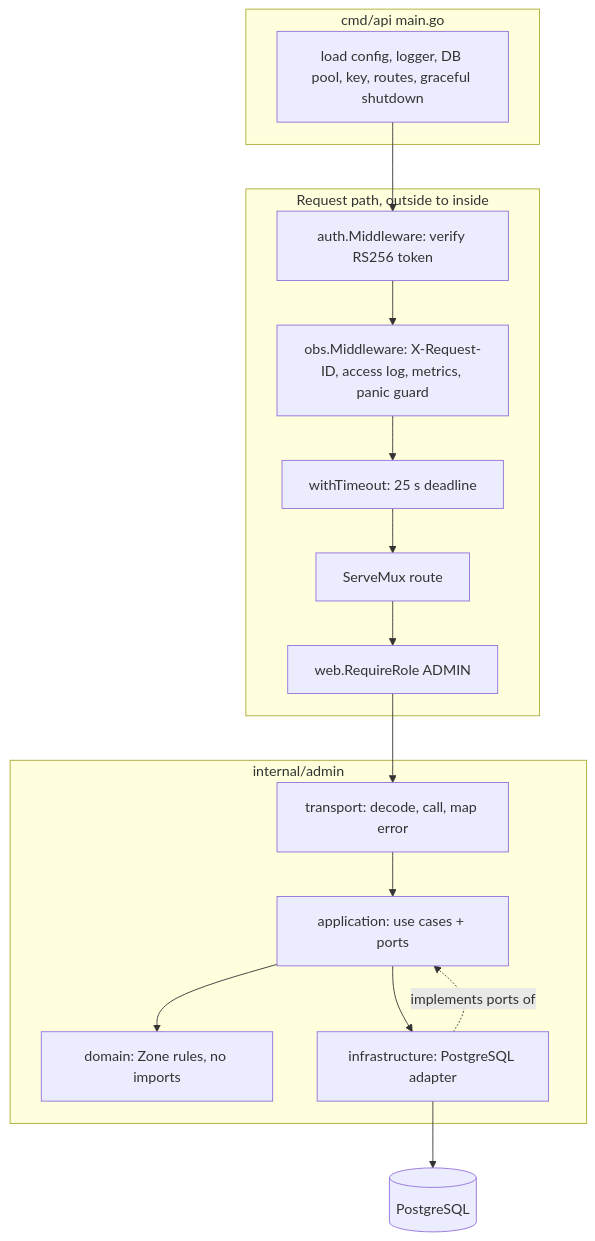
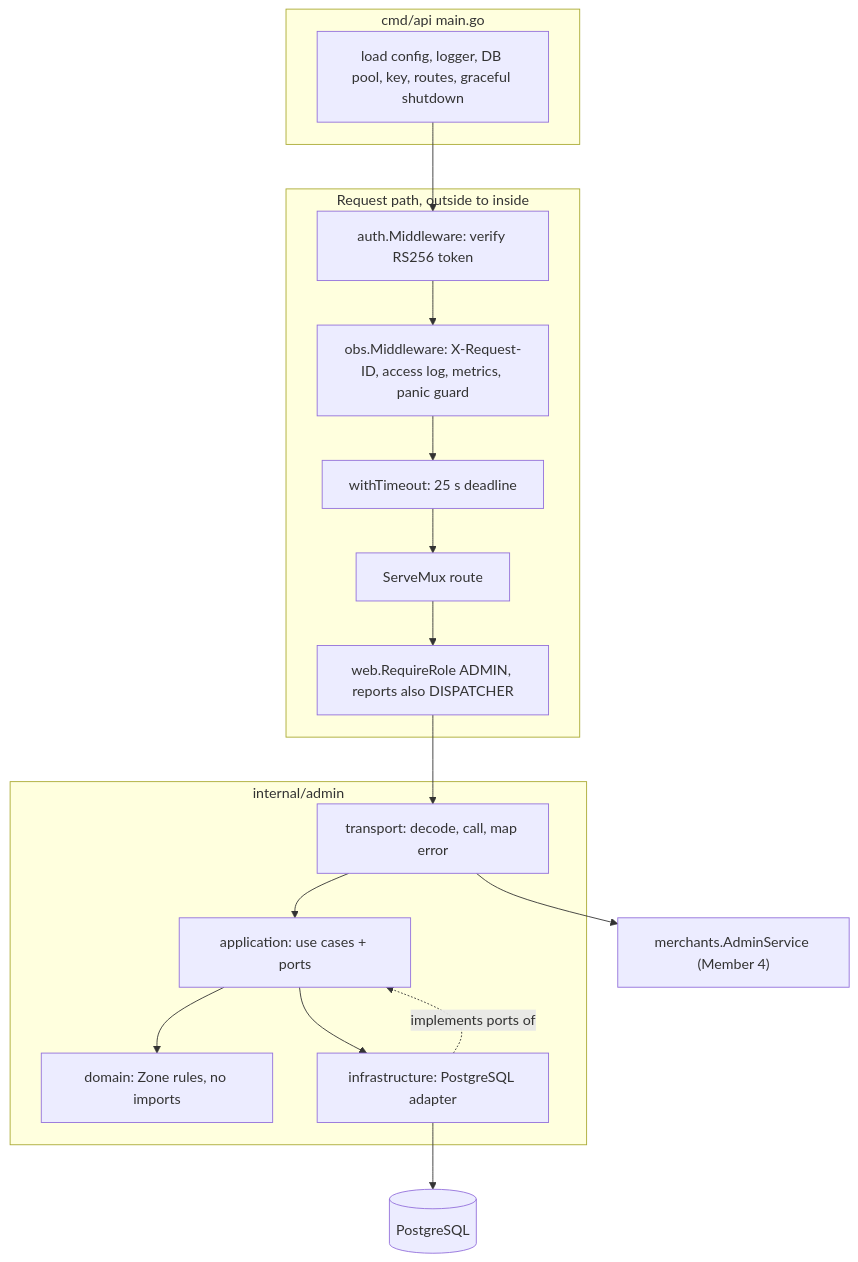
The first of 6 diagrams in docs/drafts/member-07-dispatcher-admin-web-gateway/doc-08-implementation-deployment-and-ops.md (phantomTroupeEAD/SwiftDrop), drawn with Mermaid before and after one commit. The commit also changed other lines of this file and 125 other files, not shown here.

````diff
--- a/docs/drafts/member-07-dispatcher-admin-web-gateway/doc-08-implementation-deployment-and-ops.md
+++ b/docs/drafts/member-07-dispatcher-admin-web-gateway/doc-08-implementation-deployment-and-ops.md
@@ -109,23 +110,25 @@
 ```mermaid
 flowchart TB
     subgraph CMD["cmd/api main.go"]
         M["load config, logger, DB pool, key, routes, graceful shutdown"]
     end
     subgraph MW["Request path, outside to inside"]
         A1["auth.Middleware: verify RS256 token"]
         A2["obs.Middleware: X-Request-ID, access log, metrics, panic guard"]
         A3["withTimeout: 25 s deadline"]
         A4["ServeMux route"]
-        A5["web.RequireRole ADMIN"]
+        A5["web.RequireRole ADMIN, reports also DISPATCHER"]
     end
     subgraph ADM["internal/admin"]
         T["transport: decode, call, map error"]
         AP["application: use cases + ports"]
         D["domain: Zone rules, no imports"]
         I["infrastructure: PostgreSQL adapter"]
     end
+    MS["merchants.AdminService (Member 4)"]
+    T --> MS
     PG[("PostgreSQL")]
     M --> A1 --> A2 --> A3 --> A4 --> A5 --> T --> AP --> D
     I -. "implements ports of" .-> AP
     AP --> I --> PG
 ```
````
